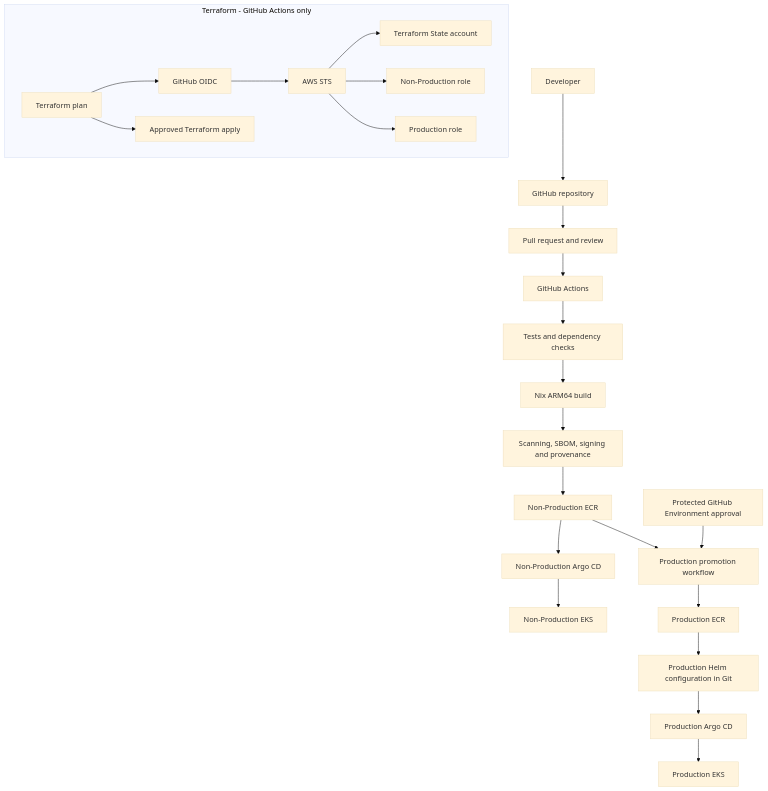
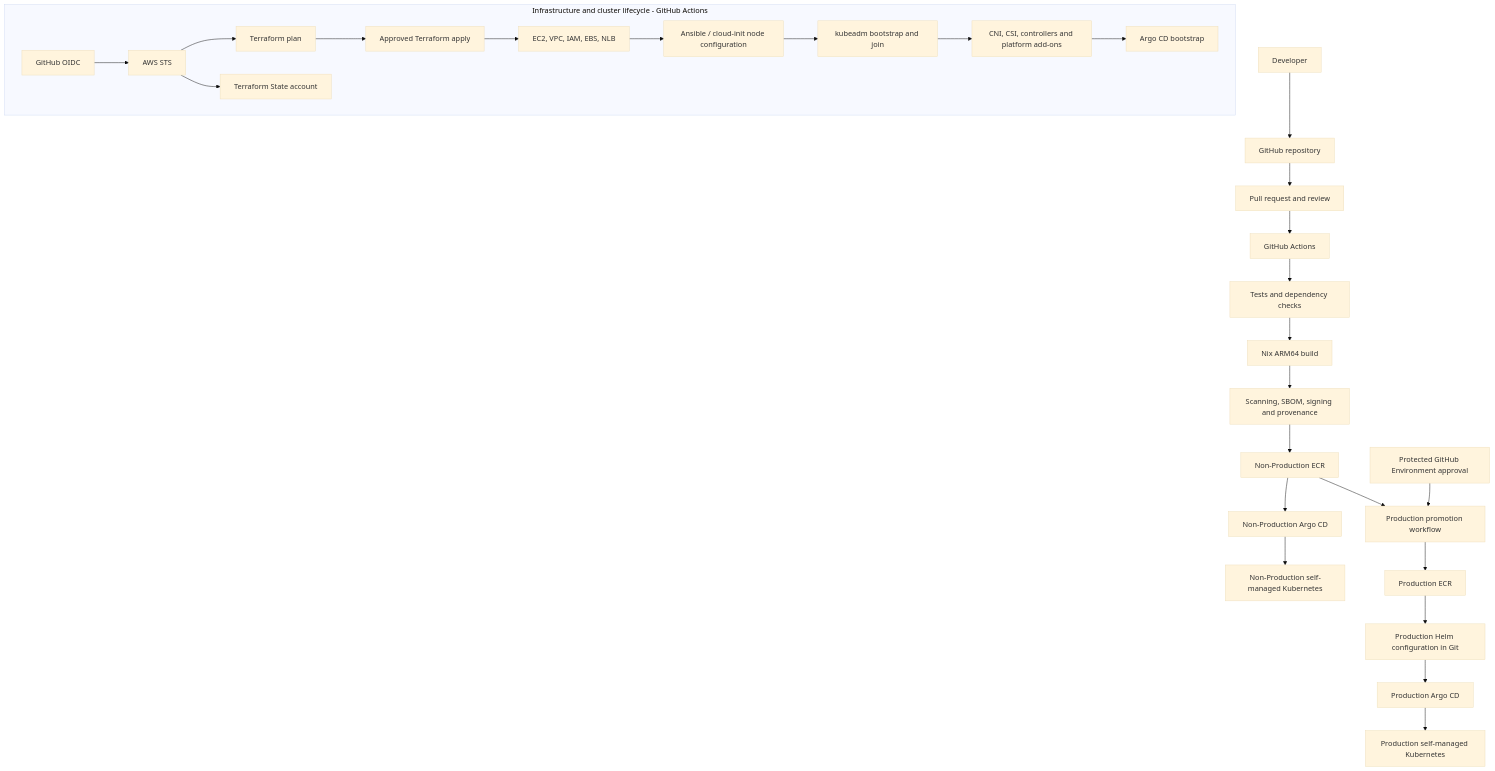
Before and after one commit to benhofirek/cloud-application-platform: the third of 5 diagrams in architecture.md, drawn with Mermaid (base theme). The commit also changed other lines of this file and 2 other files, not shown here.

Commit message:
create plan

````diff
--- a/architecture.md
+++ b/architecture.md
@@ -526,35 +733,38 @@
 ```mermaid
 flowchart TD
     DEV["Developer"] --> GH["GitHub repository"]
     GH --> PR["Pull request and review"]
     PR --> CI["GitHub Actions"]
     CI --> TEST["Tests and dependency checks"]
     TEST --> BUILD["Nix ARM64 build"]
     BUILD --> SECURITY["Scanning, SBOM, signing and provenance"]
     SECURITY --> NPECR["Non-Production ECR"]
     NPECR --> NPDEPLOY["Non-Production Argo CD"]
-    NPDEPLOY --> NPEKS["Non-Production EKS"]
+    NPDEPLOY --> NPK8S["Non-Production self-managed Kubernetes"]
 
     NPECR --> PROMOTE["Production promotion workflow"]
     APPROVE["Protected GitHub Environment approval"] --> PROMOTE
     PROMOTE --> PECR["Production ECR"]
     PECR --> GIT["Production Helm configuration in Git"]
     GIT --> PARCD["Production Argo CD"]
-    PARCD --> PEKS["Production EKS"]
+    PARCD --> PK8S["Production self-managed Kubernetes"]
 
-    subgraph TF["Terraform - GitHub Actions only"]
-        PLAN["Terraform plan"]
+    subgraph TF["Infrastructure and cluster lifecycle - GitHub Actions"]
         OIDC["GitHub OIDC"]
         STS["AWS STS"]
+        PLAN["Terraform plan"]
+        APPLY["Approved Terraform apply"]
+        EC2["EC2, VPC, IAM, EBS, NLB"]
+        CONFIG["Ansible / cloud-init node configuration"]
+        KUBEADM["kubeadm bootstrap and join"]
+        ADDONS["CNI, CSI, controllers and platform add-ons"]
+        ARGOBOOT["Argo CD bootstrap"]
         STATE["Terraform State account"]
-        NPROLE["Non-Production role"]
-        PROLE["Production role"]
-        APPLY["Approved Terraform apply"]
 
-        PLAN --> OIDC --> STS
+        OIDC --> STS --> PLAN
+        PLAN --> APPLY
         STS --> STATE
-        STS --> NPROLE
-        STS --> PROLE
-        PLAN --> APPLY
+        APPLY --> EC2
+        EC2 --> CONFIG --> KUBEADM --> ADDONS --> ARGOBOOT
     end
 ```
````
